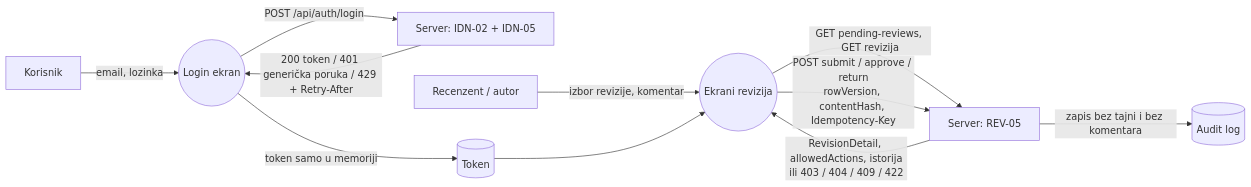
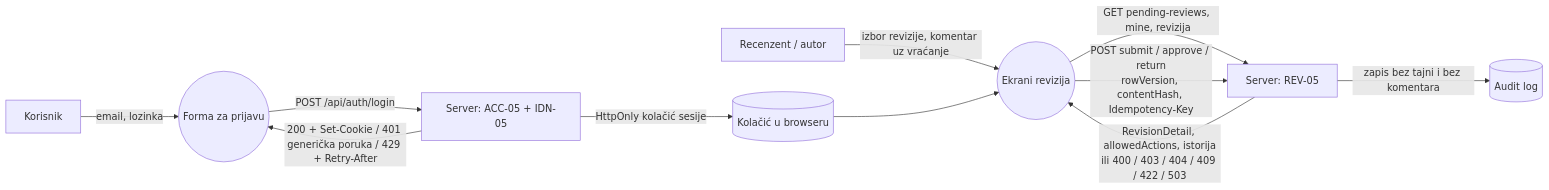
The second of 2 diagrams in docs/components/IDN-05-REV-05-UI.md (djufa762x39/security-lab), drawn with Mermaid before and after one commit. The commit also changed other lines of this file and 12 other files, not shown here.

First line of the commit message:
IDN-05/REV-05 UI: poruka za 429 u aktivnoj login formi

````diff
--- a/docs/components/IDN-05-REV-05-UI.md
+++ b/docs/components/IDN-05-REV-05-UI.md
@@ -50,14 +51,14 @@
 ```mermaid
 flowchart LR
-  U[Korisnik] -->|email, lozinka| P1((Login ekran))
-  P1 -->|POST /api/auth/login| S1[Server: IDN-02 + IDN-05]
-  S1 -->|200 token / 401 generička poruka / 429 + Retry-After| P1
-  P1 -->|token samo u memoriji| T[(Token)]
+  U[Korisnik] -->|email, lozinka| P1((Forma za prijavu))
+  P1 -->|POST /api/auth/login| S1[Server: ACC-05 + IDN-05]
+  S1 -->|200 + Set-Cookie / 401 generička poruka / 429 + Retry-After| P1
+  S1 -->|HttpOnly kolačić sesije| C[(Kolačić u browseru)]
 
-  R[Recenzent / autor] -->|izbor revizije, komentar| P2((Ekrani revizija))
-  T --> P2
-  P2 -->|GET pending-reviews, GET revizija| S2[Server: REV-05]
+  R[Recenzent / autor] -->|izbor revizije, komentar uz vraćanje| P2((Ekrani revizija))
+  C --> P2
+  P2 -->|GET pending-reviews, mine, revizija| S2[Server: REV-05]
   P2 -->|POST submit / approve / return<br/>rowVersion, contentHash, Idempotency-Key| S2
-  S2 -->|RevisionDetail, allowedActions, istorija<br/>ili 403 / 404 / 409 / 422| P2
+  S2 -->|RevisionDetail, allowedActions, istorija<br/>ili 400 / 403 / 404 / 409 / 422 / 503| P2
   S2 -->|zapis bez tajni i bez komentara| A[(Audit log)]
 ```
````
